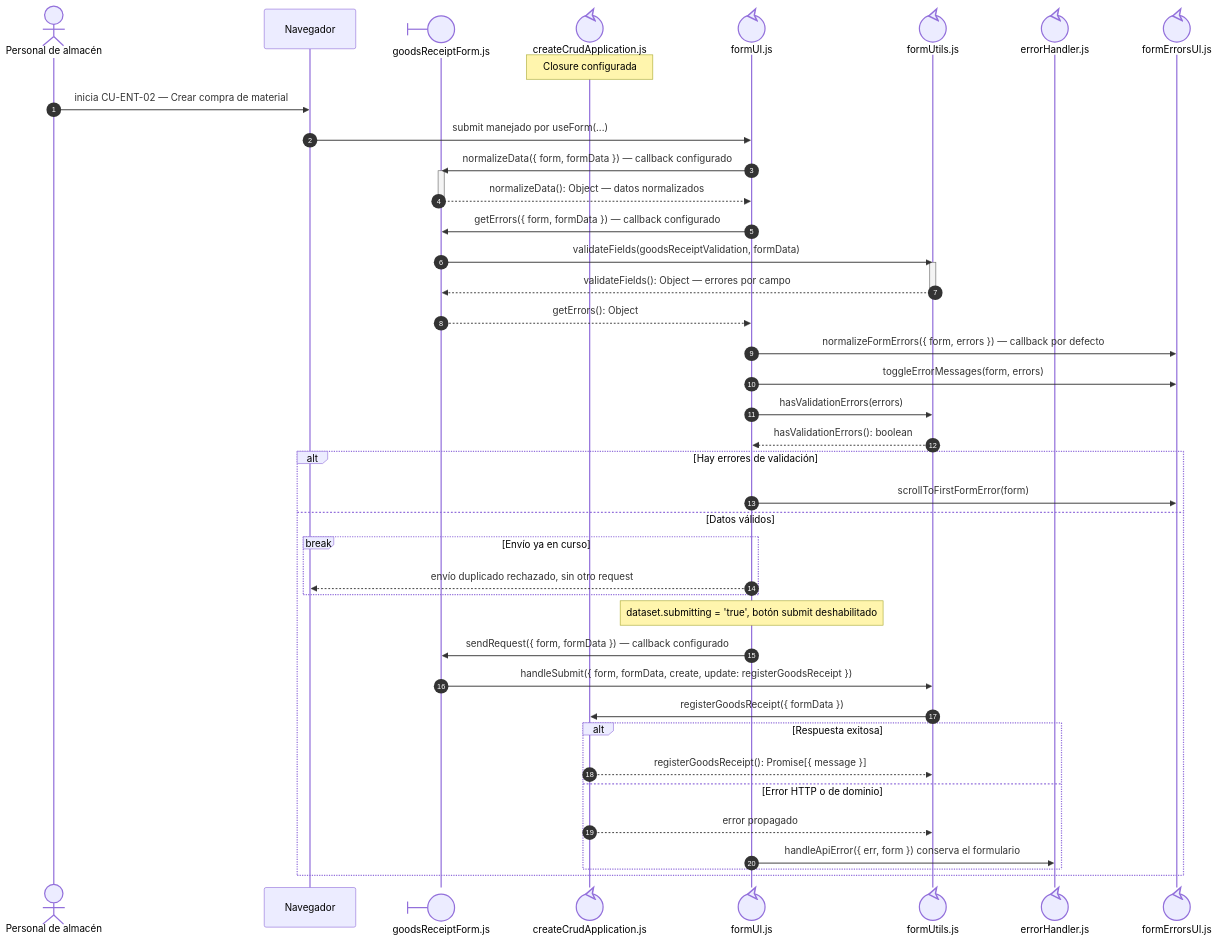
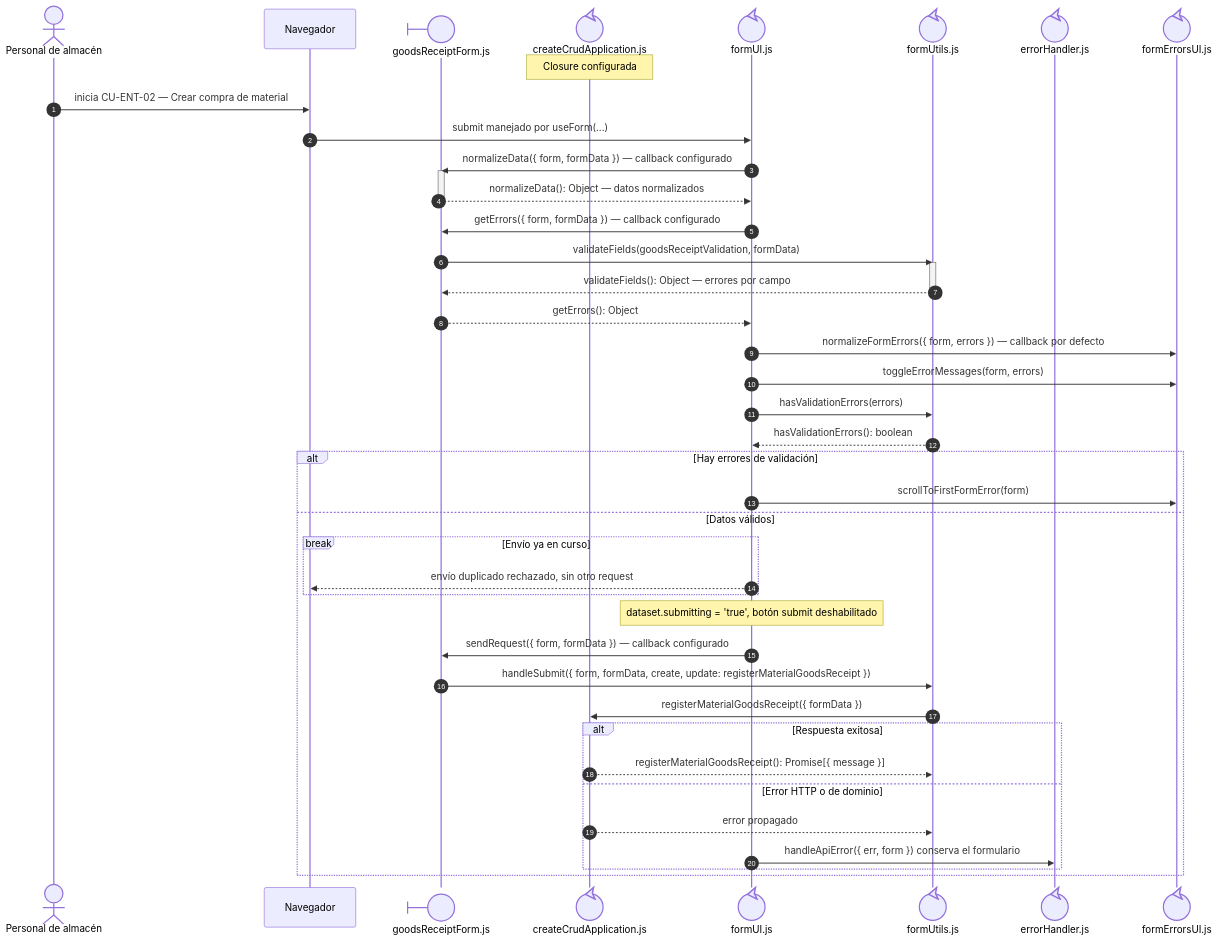
The second of 3 diagrams in docs/architecture/views/processes/frontend-code-sequences/purchases/cu-ent-02.md (gpgsistemas01/nexus), drawn with Mermaid before and after one commit. The commit also changed other lines of this file and 142 other files, not shown here.

````diff
--- a/docs/architecture/views/processes/frontend-code-sequences/purchases/cu-ent-02.md
+++ b/docs/architecture/views/processes/frontend-code-sequences/purchases/cu-ent-02.md
@@ -130,48 +131,48 @@
 ```mermaid
 sequenceDiagram
     autonumber
     actor Initiator as Personal de almacén
     participant Browser as Navegador
     participant View@{ "type": "boundary" } as goodsReceiptForm.js
     participant Application@{ "type": "control" } as createCrudApplication.js
     participant Form@{ "type": "control" } as formUI.js
     participant FormUtils@{ "type": "control" } as formUtils.js
 
     participant FileErrorHandler@{ "type": "control" } as errorHandler.js
     participant FileFormErrorsUI@{ "type": "control" } as formErrorsUI.js
 
     Note over Application: Closure configurada
     Initiator->>Browser: inicia CU-ENT-02 — Crear compra de material
     Browser->>Form: submit manejado por useForm(...)
     Form->>View: normalizeData({ form, formData }) — callback configurado
     activate View
     View-->>Form: normalizeData(): Object — datos normalizados
     deactivate View
     Form->>View: getErrors({ form, formData }) — callback configurado
     View->>FormUtils: validateFields(goodsReceiptValidation, formData)
     activate FormUtils
     FormUtils-->>View: validateFields(): Object — errores por campo
     deactivate FormUtils
     View-->>Form: getErrors(): Object
     Form->>FileFormErrorsUI: normalizeFormErrors({ form, errors }) — callback por defecto
     Form->>FileFormErrorsUI: toggleErrorMessages(form, errors)
     Form->>FormUtils: hasValidationErrors(errors)
     FormUtils-->>Form: hasValidationErrors(): boolean
     alt Hay errores de validación
         Form->>FileFormErrorsUI: scrollToFirstFormError(form)
     else Datos válidos
         break Envío ya en curso
             Form-->>Browser: envío duplicado rechazado, sin otro request
     end
         Note over Form: dataset.submitting = 'true', botón submit deshabilitado
         Form->>View: sendRequest({ form, formData }) — callback configurado
-        View->>FormUtils: handleSubmit({ form, formData, create, update: registerGoodsReceipt })
-        FormUtils->>Application: registerGoodsReceipt({ formData })
+        View->>FormUtils: handleSubmit({ form, formData, create, update: registerMaterialGoodsReceipt })
+        FormUtils->>Application: registerMaterialGoodsReceipt({ formData })
         alt Respuesta exitosa
-            Application-->>FormUtils: registerGoodsReceipt(): Promise[{ message }]
+            Application-->>FormUtils: registerMaterialGoodsReceipt(): Promise[{ message }]
         else Error HTTP o de dominio
             Application-->>FormUtils: error propagado
             Form->>FileErrorHandler: handleApiError({ err, form }) conserva el formulario
     end
     end
 ```
````
